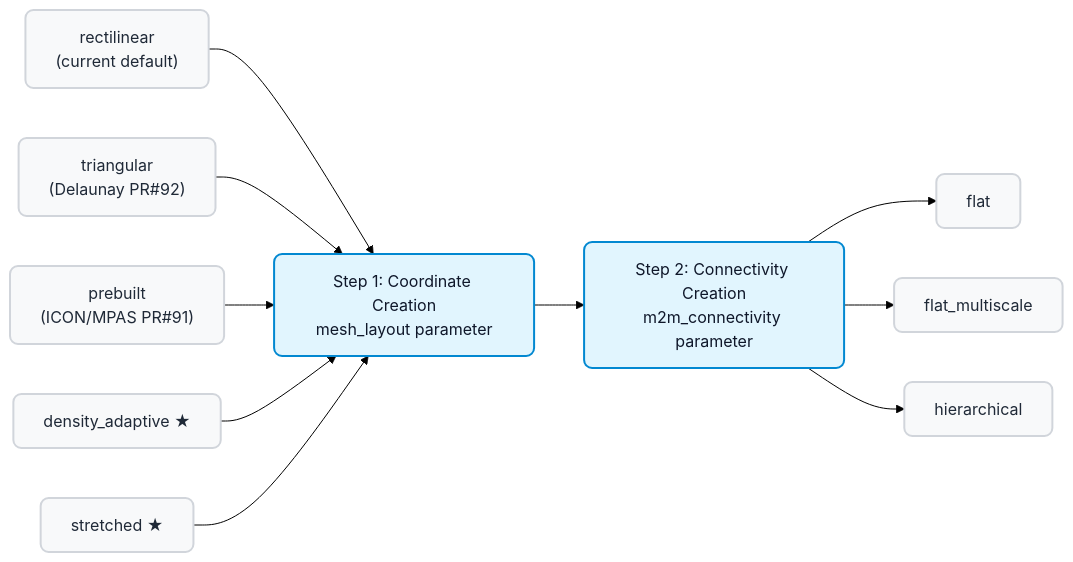
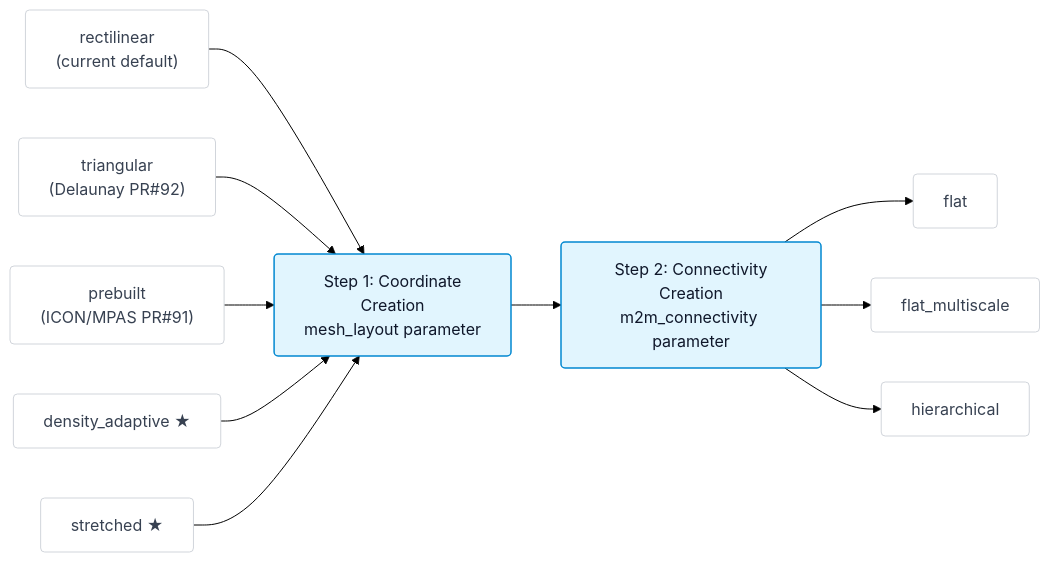
One commit to prajwal-tech07/Gsoc_test changed the third of 11 diagrams in GSoC_Project_Created_By_Antigravity.md. Above: the diagram before and after it, drawn with Mermaid (forest theme).

Commit message:
Refine flowchart for mesh creation process
Updated flowchart styling and node definitions for mesh creation steps.

````diff
--- a/GSoC_Project_Created_By_Antigravity.md
+++ b/GSoC_Project_Created_By_Antigravity.md
@@ -187,20 +187,35 @@
 ```mermaid
 flowchart LR
-    classDef default fill:#f8f9fa,stroke:#d1d5db,stroke-width:2px,rx:8px,color:#1f2937
-    classDef highlight fill:#e1f5fe,stroke:#0288d1,stroke-width:2px,rx:8px,color:#0f172a
+    %% Define clean, professional styling
+    classDef default fill:#ffffff,stroke:#d1d5db,stroke-width:1px,color:#374151,rx:4px,ry:4px;
+    classDef core fill:#e1f5fe,stroke:#0288d1,stroke-width:1.5px,color:#0f172a,rx:4px,ry:4px;
 
-    S1["Step 1: Coordinate Creation\nmesh_layout parameter"]:::highlight
-    S2["Step 2: Connectivity Creation\nm2m_connectivity parameter"]:::highlight
+    %% Input Nodes
+    A1["rectilinear<br/>(current default)"]
+    A2["triangular<br/>(Delaunay PR#92)"]
+    A3["prebuilt<br/>(ICON/MPAS PR#91)"]
+    A4["density_adaptive ★"]
+    A5["stretched ★"]
 
-    A1["rectilinear\n(current default)"] --> S1
-    A2["triangular\n(Delaunay PR#92)"] --> S1
-    A3["prebuilt\n(ICON/MPAS PR#91)"] --> S1
-    A4["density_adaptive ★"] --> S1
-    A5["stretched ★"] --> S1
+    %% Core Process Nodes
+    S1["Step 1: Coordinate<br/>Creation<br/>mesh_layout parameter"]:::core
+    S2["Step 2: Connectivity<br/>Creation<br/>m2m_connectivity parameter"]:::core
 
+    %% Output Nodes
+    B1["flat"]
+    B2["flat_multiscale"]
+    B3["hierarchical"]
+
+    %% Connections (written individually to prevent rendering errors)
+    A1 --> S1
+    A2 --> S1
+    A3 --> S1
+    A4 --> S1
+    A5 --> S1
+    
     S1 --> S2
-
-    S2 --> B1["flat"]
-    S2 --> B2["flat_multiscale"]
-    S2 --> B3["hierarchical"]
+    
+    S2 --> B1
+    S2 --> B2
+    S2 --> B3
 ```
````
